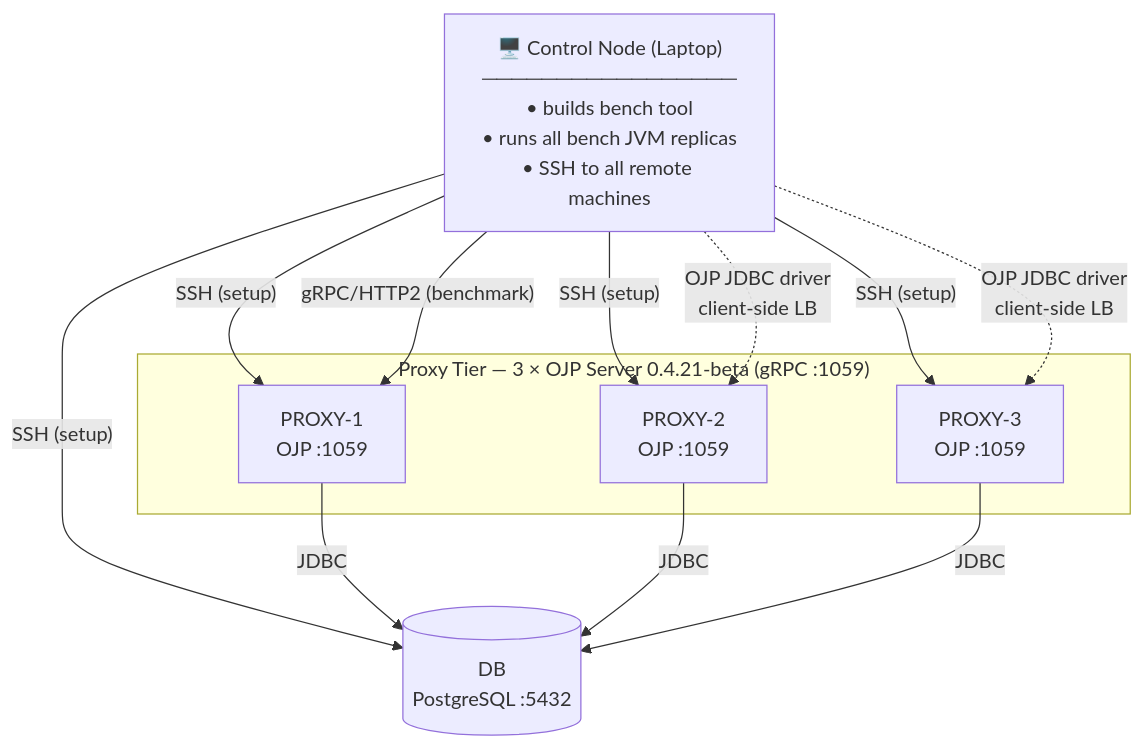
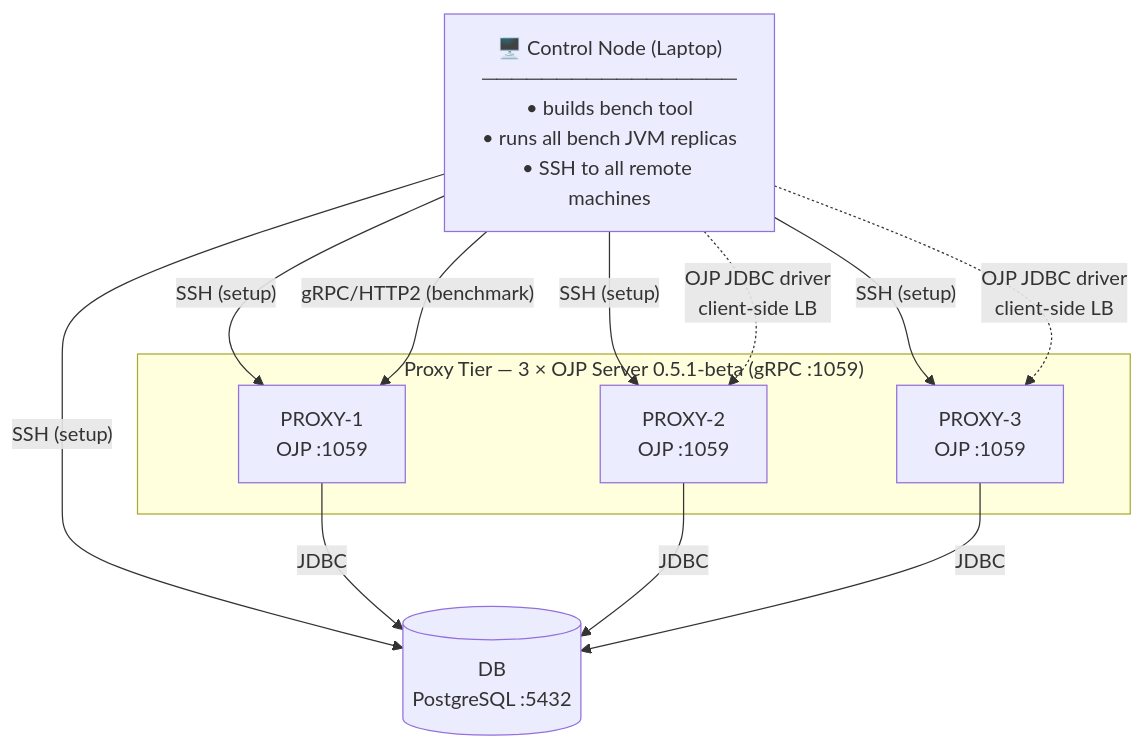
One commit to rrobetti/stressar changed the diagram in docs/DEPLOYMENT_GUIDE.md. Above: the diagram before and after it, drawn with Mermaid. The commit also changed other lines of this file and 8 other files, not shown here.

Commit message:
Update OJP version to 0.5.1-beta

````diff
--- a/docs/DEPLOYMENT_GUIDE.md
+++ b/docs/DEPLOYMENT_GUIDE.md
@@ -37,25 +37,25 @@
 ```mermaid
 graph TD
     CTRL["🖥️ Control Node (Laptop)\n─────────────────\n• builds bench tool\n• runs all bench JVM replicas\n• SSH to all remote machines"]
 
-    subgraph PROXY_TIER ["Proxy Tier — 3 × OJP Server 0.4.21-beta (gRPC :1059)"]
+    subgraph PROXY_TIER ["Proxy Tier — 3 × OJP Server 0.5.1-beta (gRPC :1059)"]
         P1["PROXY-1\nOJP :1059"]
         P2["PROXY-2\nOJP :1059"]
         P3["PROXY-3\nOJP :1059"]
     end
 
     DB[("DB\nPostgreSQL :5432")]
 
     CTRL -- "SSH (setup)" --> P1
     CTRL -- "SSH (setup)" --> P2
     CTRL -- "SSH (setup)" --> P3
     CTRL -- "SSH (setup)" --> DB
 
     CTRL -- "gRPC/HTTP2 (benchmark)" --> P1
     CTRL -. "OJP JDBC driver\nclient-side LB" .-> P2
     CTRL -. "OJP JDBC driver\nclient-side LB" .-> P3
 
     P1 -- "JDBC" --> DB
     P2 -- "JDBC" --> DB
     P3 -- "JDBC" --> DB
 ```
````
